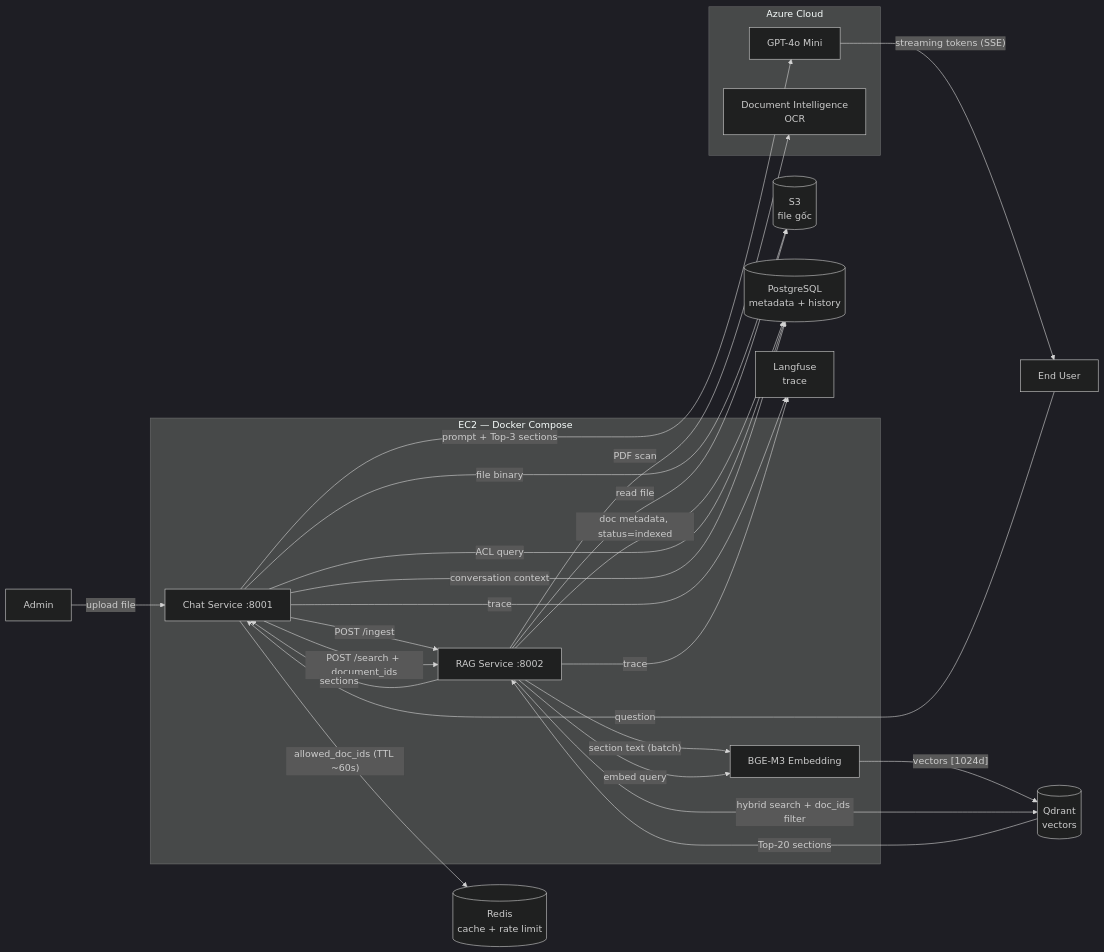
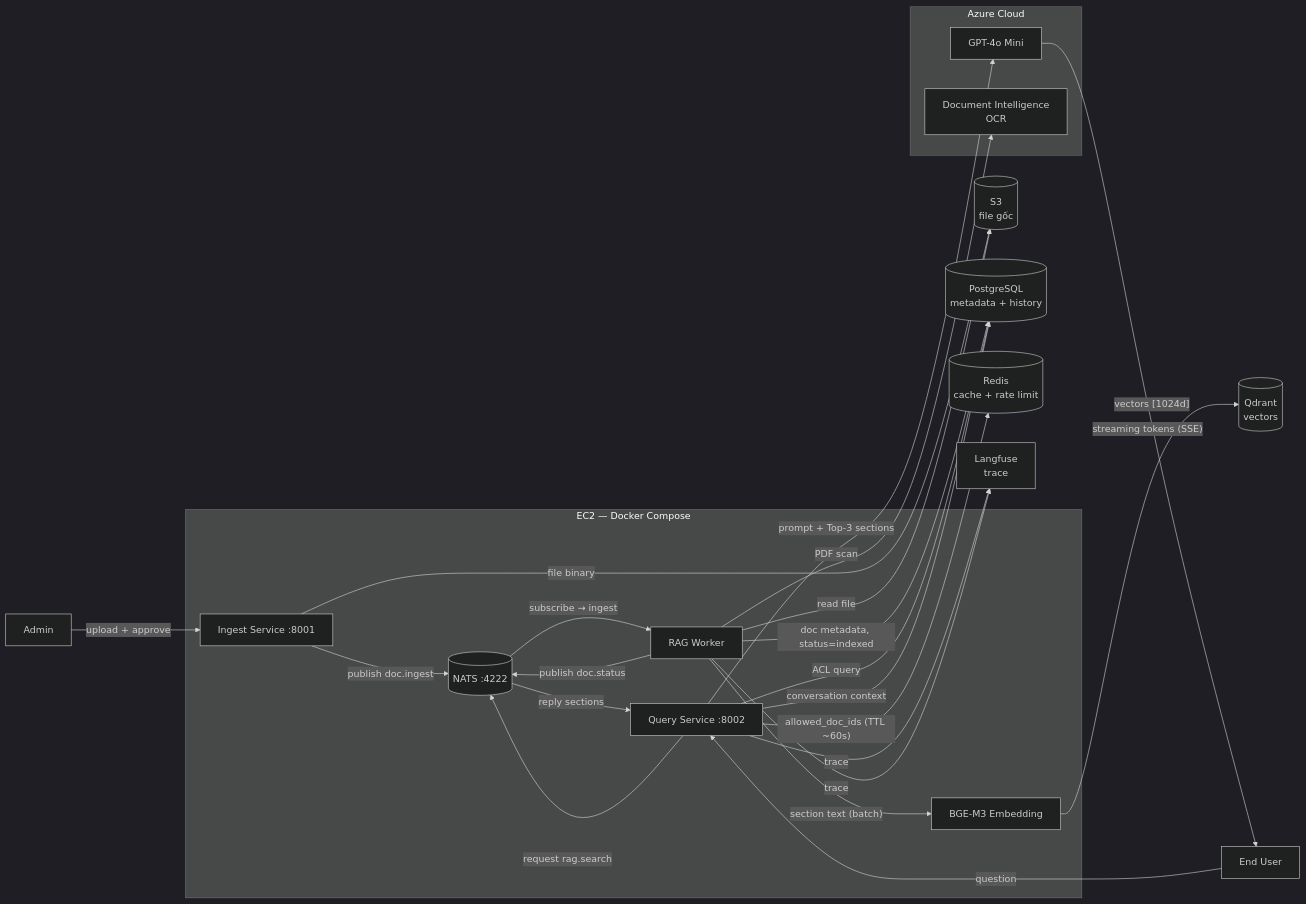
Before and after one commit to cds0987/DA08-VSF-AI: the fifth of 6 diagrams in docs/SA_RAG_Chatbot_Final.md, drawn with Mermaid (dark theme). The commit also changed other lines of this file and 3 other files, not shown here.

````diff
--- a/docs/SA_RAG_Chatbot_Final.md
+++ b/docs/SA_RAG_Chatbot_Final.md
@@ -463,45 +472,46 @@
 ```mermaid
 flowchart LR
     ADM["Admin"]
     EU["End User"]
 
     subgraph BACKEND["EC2 — Docker Compose"]
-        CHAT["Chat Service :8001"]
-        RAG["RAG Service :8002"]
+        INGEST["Ingest Service :8001"]
+        QUERY["Query Service :8002"]
+        RAG["RAG Worker"]
         BGE["BGE-M3 Embedding"]
+        NATS[("NATS :4222")]
     end
 
     S3[("S3\nfile gốc")]
     PG[("PostgreSQL\nmetadata + history")]
     QD[("Qdrant\nvectors")]
     REDIS[("Redis\ncache + rate limit")]
     LF["Langfuse\ntrace"]
 
     subgraph AZURE["Azure Cloud"]
         LLM["GPT-4o Mini"]
         OCR["Document Intelligence\nOCR"]
     end
 
-    ADM -->|"upload file"| CHAT
-    CHAT -->|"file binary"| S3
-    CHAT -->|"POST /ingest"| RAG
+    ADM -->|"upload + approve"| INGEST
+    INGEST -->|"file binary"| S3
+    INGEST -->|"publish doc.ingest"| NATS
+    NATS -->|"subscribe → ingest"| RAG
     RAG -->|"read file"| S3
     RAG -->|"PDF scan"| OCR
     RAG -->|"section text (batch)"| BGE
     BGE -->|"vectors [1024d]"| QD
     RAG -->|"doc metadata, status=indexed"| PG
+    RAG -->|"publish doc.status"| NATS
 
-    EU -->|"question"| CHAT
-    CHAT -->|"allowed_doc_ids (TTL ~60s)"| REDIS
-    CHAT -->|"ACL query"| PG
-    CHAT -->|"POST /search + document_ids"| RAG
-    RAG -->|"embed query"| BGE
-    RAG -->|"hybrid search + doc_ids filter"| QD
-    QD -->|"Top-20 sections"| RAG
-    RAG -->|"sections"| CHAT
-    CHAT -->|"conversation context"| PG
-    CHAT -->|"prompt + Top-3 sections"| LLM
+    EU -->|"question"| QUERY
+    QUERY -->|"ACL query"| PG
+    QUERY -->|"allowed_doc_ids (TTL ~60s)"| REDIS
+    QUERY -->|"request rag.search"| NATS
+    NATS -->|"reply sections"| QUERY
+    QUERY -->|"conversation context"| PG
+    QUERY -->|"prompt + Top-3 sections"| LLM
     LLM -->|"streaming tokens (SSE)"| EU
-    CHAT -->|"trace"| LF
+    QUERY -->|"trace"| LF
     RAG -->|"trace"| LF
 ```
````
